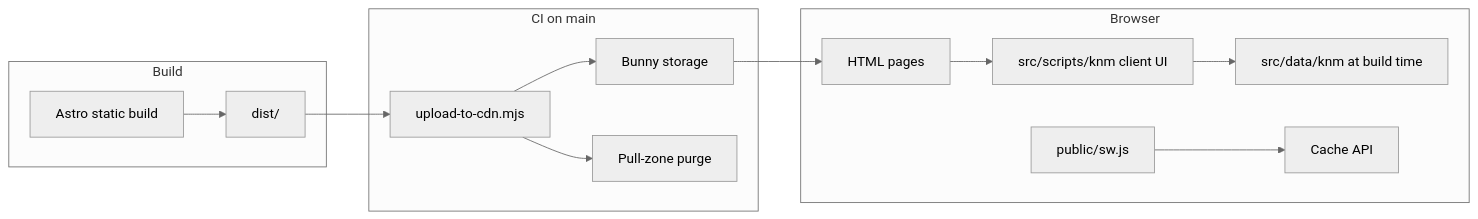
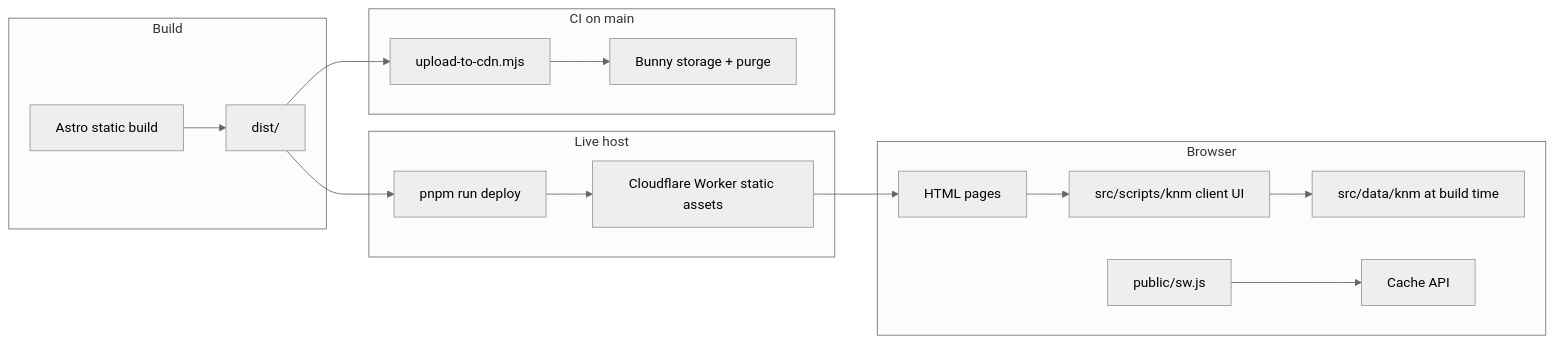
Before and after one commit to sg208/nl-learning: the diagram in ARCHITECTURE.md, drawn with Mermaid (neutral theme). The commit also changed other lines of this file and 15 other files, not shown here.

````diff
--- a/ARCHITECTURE.md
+++ b/ARCHITECTURE.md
@@ -9,17 +9,20 @@
 ```mermaid
 flowchart LR
   subgraph build [Build]
     Astro[Astro static build] --> Dist[dist/]
   end
+  subgraph host [Live host]
+    Dist --> Deploy[pnpm run deploy]
+    Deploy --> Worker[Cloudflare Worker static assets]
+  end
   subgraph ci [CI on main]
     Dist --> Upload[upload-to-cdn.mjs]
-    Upload --> Bunny[Bunny storage]
-    Upload --> Purge[Pull-zone purge]
+    Upload --> Bunny[Bunny storage + purge]
   end
   subgraph runtime [Browser]
-    Bunny --> Pages[HTML pages]
+    Worker --> Pages[HTML pages]
     Pages --> KNM[src/scripts/knm client UI]
     KNM --> Data[src/data/knm at build time]
     SW[public/sw.js] --> Cache[Cache API]
   end
 ```
````
